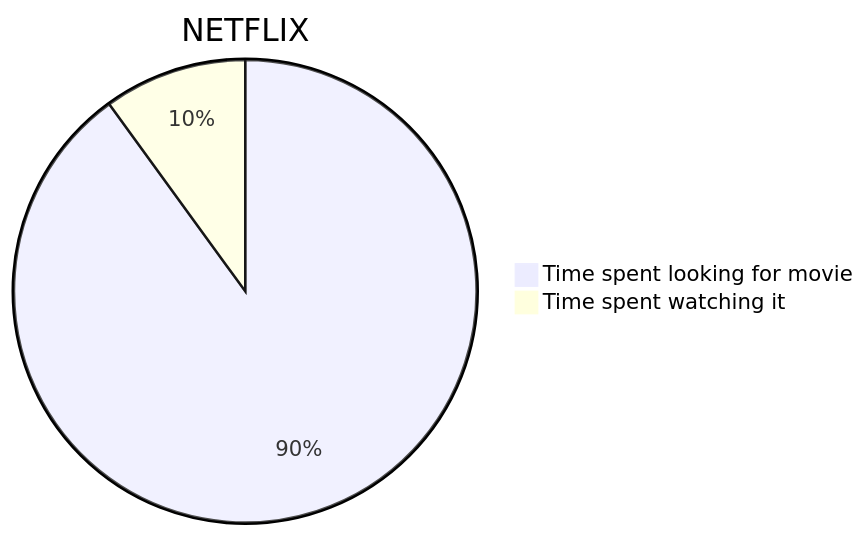
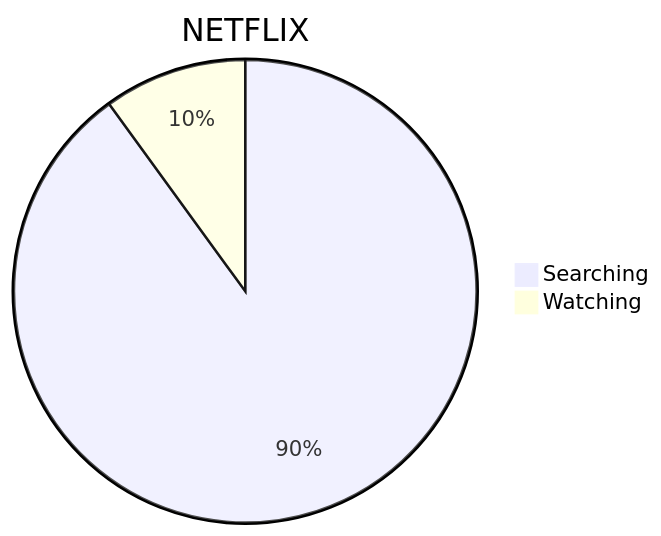
One commit to ALifeLivedFully-Domain/Notes.ALifeLivedFully.com changed the third of 3 diagrams in content/Markdown test.md. Above: the diagram before and after it, drawn with Mermaid. The commit also changed other lines of this file and 3 other files, not shown here.

````diff
--- a/content/Markdown test.md
+++ b/content/Markdown test.md
@@ -193,6 +259,6 @@
 ```mermaid
 pie title NETFLIX
-         "Time spent looking for movie" : 90
-         "Time spent watching it" : 10
+         "Searching" : 90
+         "Watching" : 10
 
 ```
````
